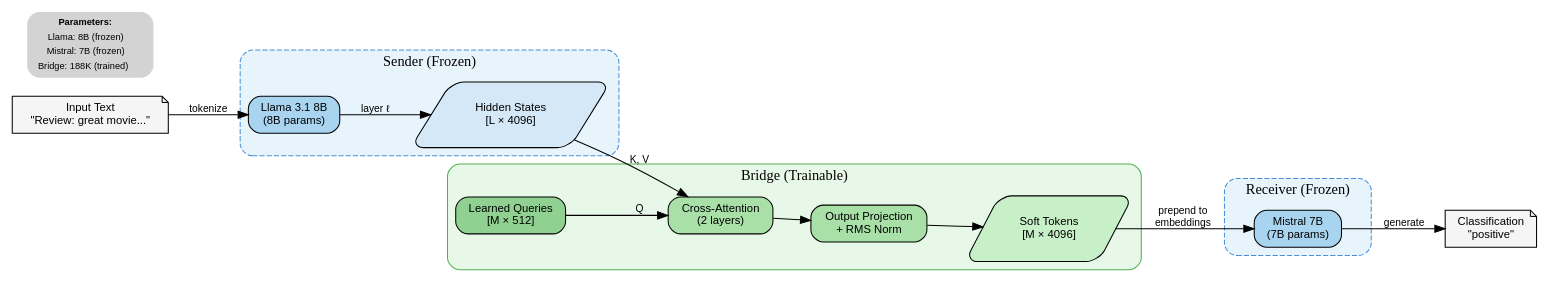
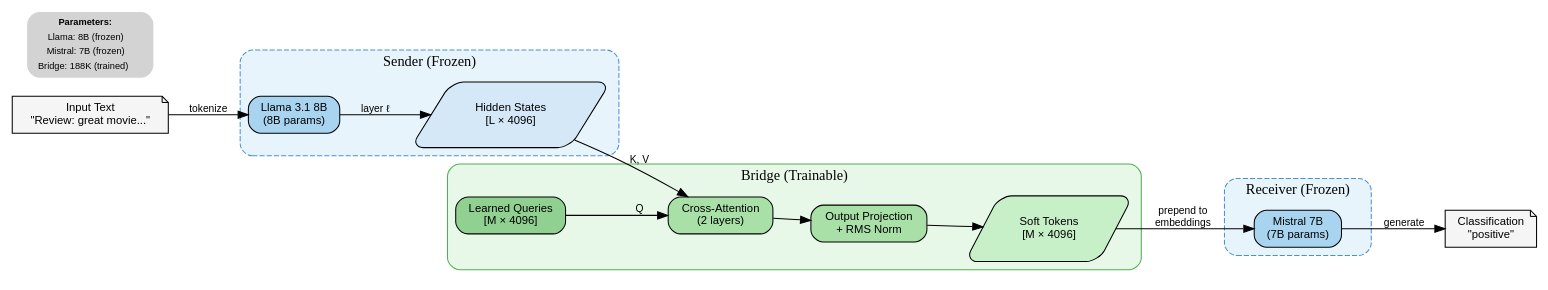
Before and after one commit to SujeethJinesh/LatentWire: the diagram in telepathy/paper_writing/figures/architecture.dot, drawn with Graphviz. The commit also changed 2 other files, not shown here.

```diff
--- a/telepathy/paper_writing/figures/architecture.dot
+++ b/telepathy/paper_writing/figures/architecture.dot
@@ -1,74 +1,74 @@
 // LatentWire Architecture Diagram
 // Compile: dot -Tpdf architecture.dot -o architecture.pdf
 // Or: dot -Tsvg architecture.dot -o architecture.svg
 
 digraph LatentWire {
     rankdir=LR;
     node [shape=box, style="rounded,filled", fontname="Helvetica", fontsize=11];
     edge [fontname="Helvetica", fontsize=10];
 
     // Color scheme
     // Frozen models: light blue
     // Trainable: light green
     // Data flow: gray
 
     // Input
     input [label="Input Text\n\"Review: great movie...\"", shape=note, fillcolor="#f5f5f5"];
 
     // Sender Model
     subgraph cluster_sender {
         label="Sender (Frozen)";
         style="rounded,dashed";
         color="#4a90d9";
         bgcolor="#e8f4fc";
 
         llama [label="Llama 3.1 8B\n(8B params)", fillcolor="#a8d4f0"];
         llama_hidden [label="Hidden States\n[L × 4096]", shape=parallelogram, fillcolor="#d4e8f7"];
     }
 
     // Bridge
     subgraph cluster_bridge {
         label="Bridge (Trainable)";
         style="rounded";
         color="#50b050";
         bgcolor="#e8f8e8";
 
-        queries [label="Learned Queries\n[M × 512]", fillcolor="#90d090"];
+        queries [label="Learned Queries\n[M × 4096]", fillcolor="#90d090"];
         cross_attn [label="Cross-Attention\n(2 layers)", fillcolor="#a8e0a8"];
         proj_out [label="Output Projection\n+ RMS Norm", fillcolor="#a8e0a8"];
         soft_tokens [label="Soft Tokens\n[M × 4096]", shape=parallelogram, fillcolor="#c8f0c8"];
     }
 
     // Receiver Model
     subgraph cluster_receiver {
         label="Receiver (Frozen)";
         style="rounded,dashed";
         color="#4a90d9";
         bgcolor="#e8f4fc";
 
         mistral [label="Mistral 7B\n(7B params)", fillcolor="#a8d4f0"];
     }
 
     // Output
     output [label="Classification\n\"positive\"", shape=note, fillcolor="#f5f5f5"];
 
     // Edges
     input -> llama [label="tokenize"];
     llama -> llama_hidden [label="layer ℓ"];
     llama_hidden -> cross_attn [label="K, V"];
     queries -> cross_attn [label="Q"];
     cross_attn -> proj_out;
     proj_out -> soft_tokens;
     soft_tokens -> mistral [label="prepend to\nembeddings"];
     mistral -> output [label="generate"];
 
     // Parameter counts
     params [shape=none, label=<
         <TABLE BORDER="0" CELLBORDER="0" CELLSPACING="0">
         <TR><TD><B>Parameters:</B></TD></TR>
         <TR><TD>Llama: 8B (frozen)</TD></TR>
         <TR><TD>Mistral: 7B (frozen)</TD></TR>
         <TR><TD>Bridge: 188K (trained)</TD></TR>
         </TABLE>
     >, fontsize=9];
 }
```
